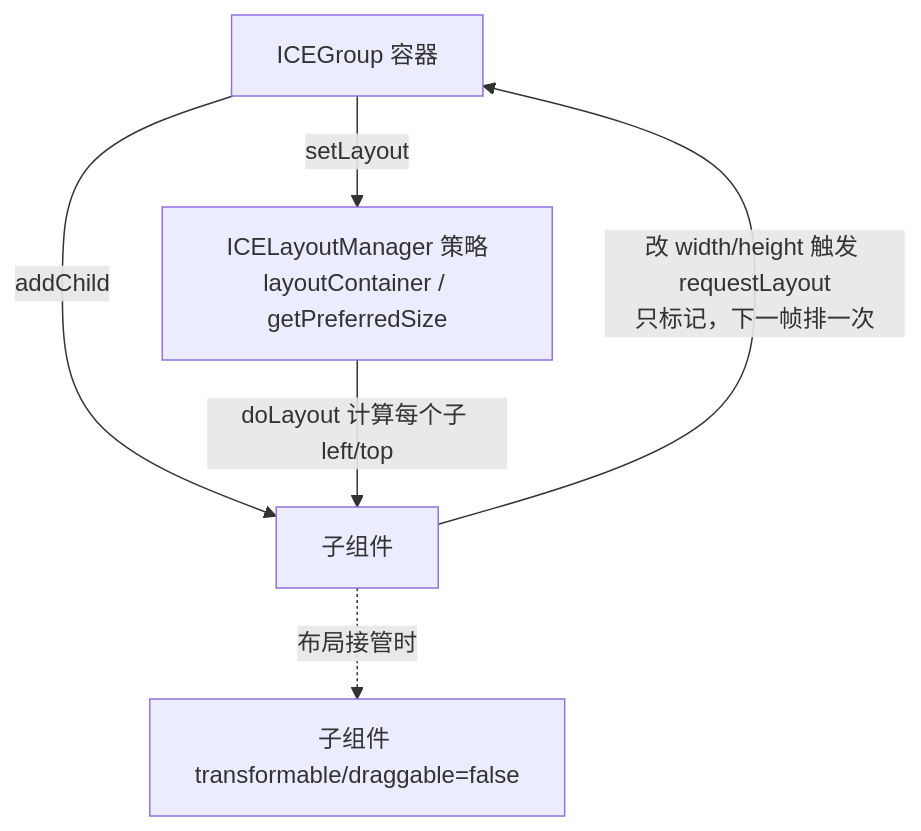
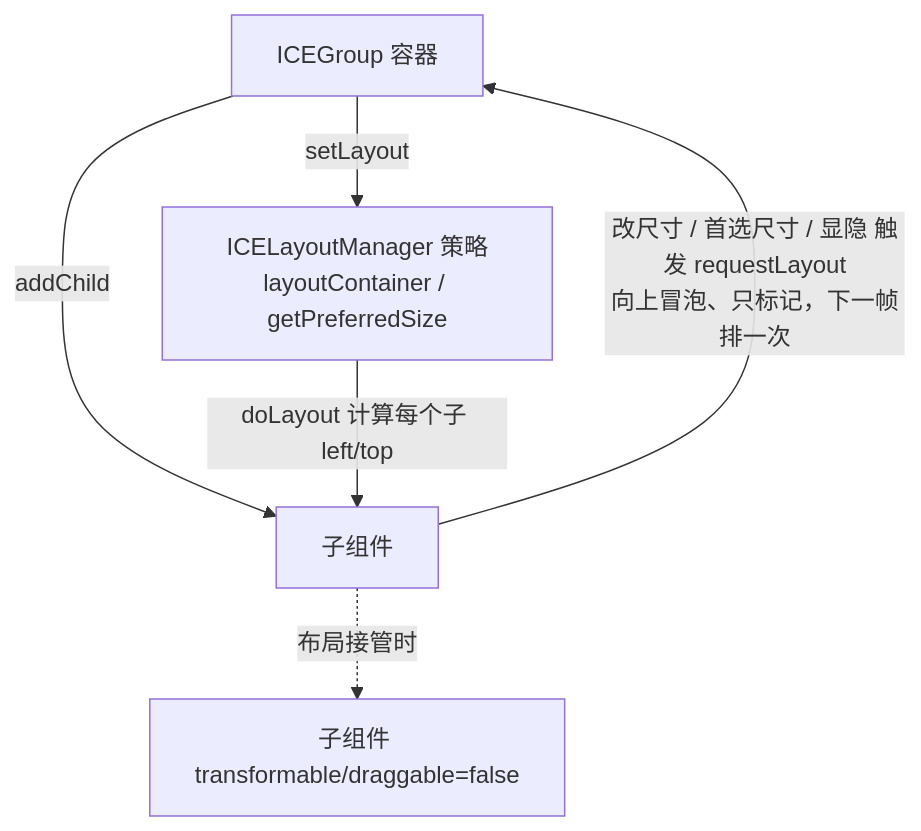
Before and after one commit to ice-render/ice-render-doc: the diagram in docs/architecture/23-layout.md, drawn with Mermaid. The commit also changed other lines of this file and 7 other files, not shown here.

````diff
--- a/docs/architecture/23-layout.md
+++ b/docs/architecture/23-layout.md
@@ -52,8 +65,8 @@
 ```mermaid
 graph TD
     G[ICEGroup 容器] -->|setLayout| LM[ICELayoutManager 策略<br/>layoutContainer / getPreferredSize]
     G -->|addChild| CH[子组件]
     LM -->|doLayout 计算每个子 left/top| CH
-    CH -->|改 width/height 触发 requestLayout<br/>只标记，下一帧排一次| G
+    CH -->|改尺寸 / 首选尺寸 / 显隐 触发 requestLayout<br/>向上冒泡、只标记，下一帧排一次| G
     CH -. 布局接管时 .-> OFF[子组件 transformable/draggable=false]
 ```
````
